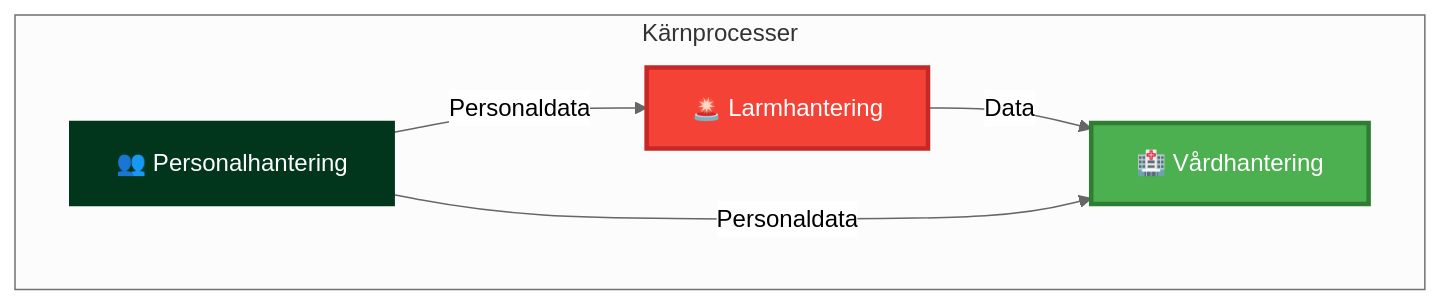
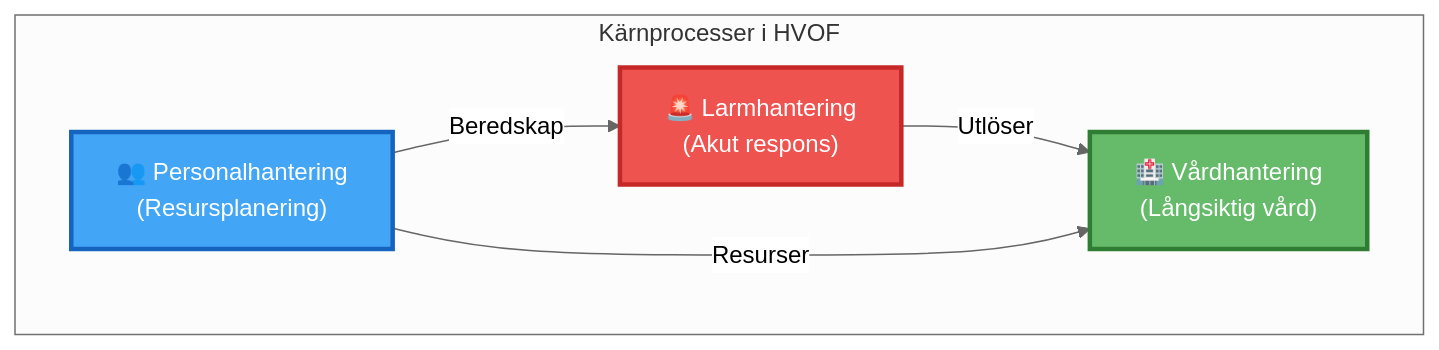
One commit to malmostad/Verksamhetssystem-RFI changed the first of 2 diagrams in docs/processes/core-processes/overview.md. Above: the diagram before and after it, drawn with Mermaid (neutral theme). The commit also changed other lines of this file and 24 other files, not shown here.

First line of the commit message:
RFI Design Optimization: Add Mermaid diagrams, color scheme, vision document, and system architecture

````diff
--- a/docs/processes/core-processes/overview.md
+++ b/docs/processes/core-processes/overview.md
@@ -35,16 +28,16 @@
 ```mermaid
 graph TB
-    subgraph "Kärnprocesser"
-        Larm[🚨 Larmhantering]
-        Vard[🏥 Vårdhantering]
-        Personal[👥 Personalhantering]
+    subgraph "Kärnprocesser i HVOF"
+        Larm["🚨 Larmhantering<br/>(Akut respons)"]
+        Vard["🏥 Vårdhantering<br/>(Långsiktig vård)"]
+        Personal["👥 Personalhantering<br/>(Resursplanering)"]
     end
     
-    Larm -->|Data| Vard
-    Personal -->|Personaldata| Vard
-    Personal -->|Personaldata| Larm
+    Larm -->|Utlöser| Vard
+    Personal -->|Resurser| Vard
+    Personal -->|Beredskap| Larm
     
-    style Larm fill:#F44336,stroke:#C62828,stroke-width:3px,color:#FFFFFF
-    style Vard fill:#4CAF50,stroke:#2E7D32,stroke-width:3px,color:#FFFFFF
-    style Personal fill:#01351C,stroke:#01351C,stroke-width:3px,color:#FFFFFF
+    style Larm fill:#EF5350,stroke:#C62828,stroke-width:3px,color:#FFFFFF
+    style Vard fill:#66BB6A,stroke:#2E7D32,stroke-width:3px,color:#FFFFFF
+    style Personal fill:#42A5F5,stroke:#1565C0,stroke-width:3px,color:#FFFFFF
 ```
````
